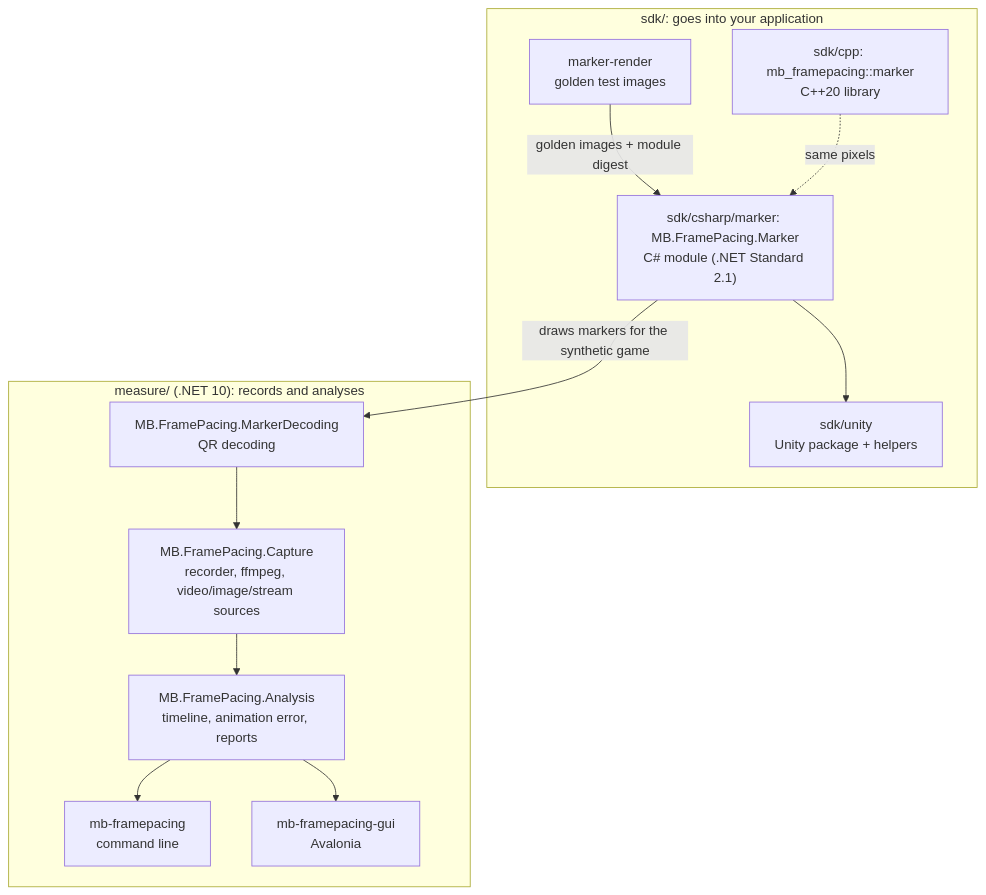
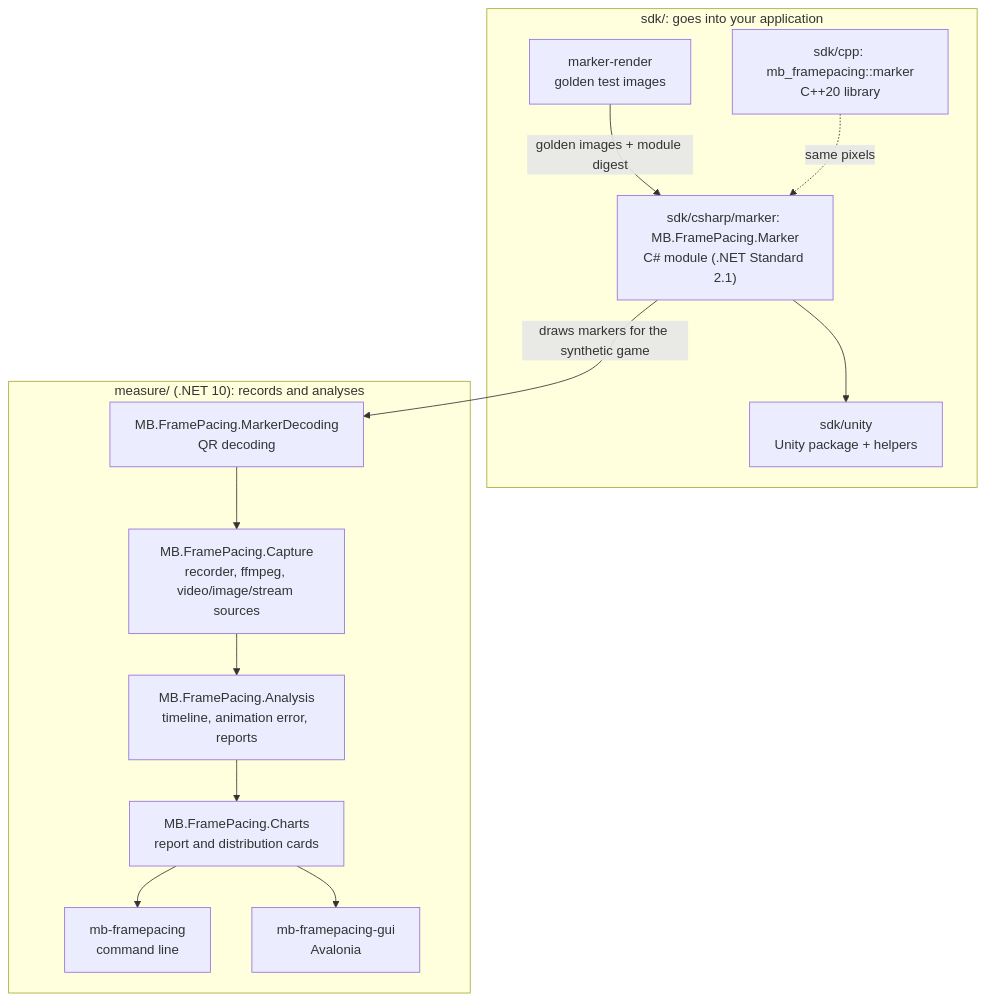
One commit to Unarmed1000/mb-framepacing changed the fourth of 4 diagrams in README.md. Above: the diagram before and after it, drawn with Mermaid. The commit also changed other lines of this file and 37 other files, not shown here.

````diff
--- a/README.md
+++ b/README.md
@@ -474,22 +476,23 @@
 ```mermaid
 flowchart TB
     subgraph marker["sdk/: goes into your application"]
         L["sdk/cpp: mb_framepacing::marker<br/>C++20 library"]
         R["marker-render<br/>golden test images"]
         CS["sdk/csharp/marker: MB.FramePacing.Marker<br/>C# module (.NET Standard 2.1)"]
         U["sdk/unity<br/>Unity package + helpers"]
     end
     subgraph dotnet["measure/ (.NET 10): records and analyses"]
         M["MB.FramePacing.MarkerDecoding<br/>QR decoding"]
         CAP["MB.FramePacing.Capture<br/>recorder, ffmpeg, video/image/stream sources"]
         AN["MB.FramePacing.Analysis<br/>timeline, animation error, reports"]
+        CH["MB.FramePacing.Charts<br/>report and distribution cards"]
         CLI["mb-framepacing<br/>command line"]
         GUI["mb-framepacing-gui<br/>Avalonia"]
     end
     R -- "golden images + module digest" --> CS
     L -.->|same pixels| CS
     CS --> U
     CS -- "draws markers for the synthetic game" --> M
-    M --> CAP --> AN --> CLI
-    AN --> GUI
+    M --> CAP --> AN --> CH --> CLI
+    CH --> GUI
 ```
````
